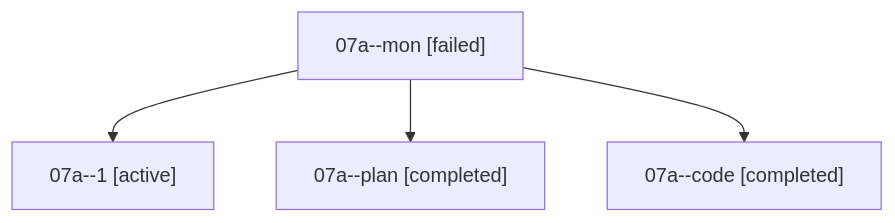
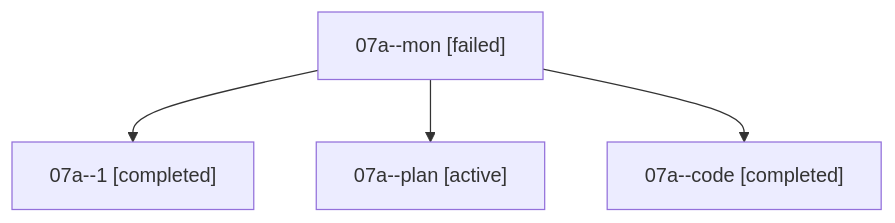
Before and after one commit to sase-org/sase--agents: the diagram in families/bbugyi200.athena.07a.md, drawn with Mermaid. The commit also changed other lines of this file and 35830 other files, not shown here.

````diff
--- a/families/bbugyi200.athena.07a.md
+++ b/families/bbugyi200.athena.07a.md
@@ -9,10 +9,10 @@
 ```mermaid
 flowchart TD
   n0["07a--mon [failed]"]
-  n1["07a--1 [active]"]
+  n1["07a--1 [completed]"]
   n0 --> n1
-  n2["07a--plan [completed]"]
+  n2["07a--plan [active]"]
   n0 --> n2
   n3["07a--code [completed]"]
   n0 --> n3
 ```
````
